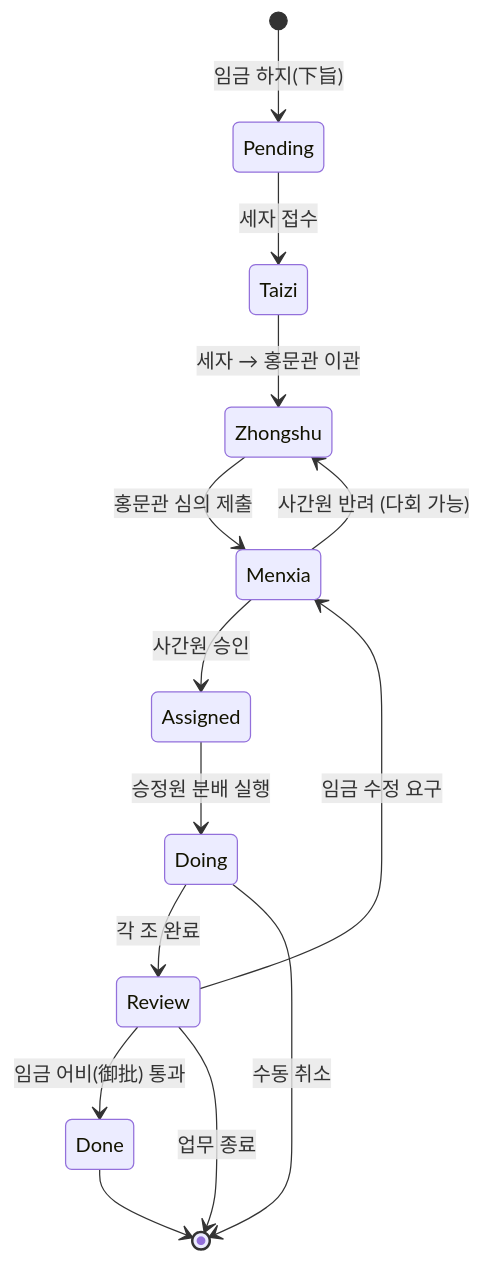
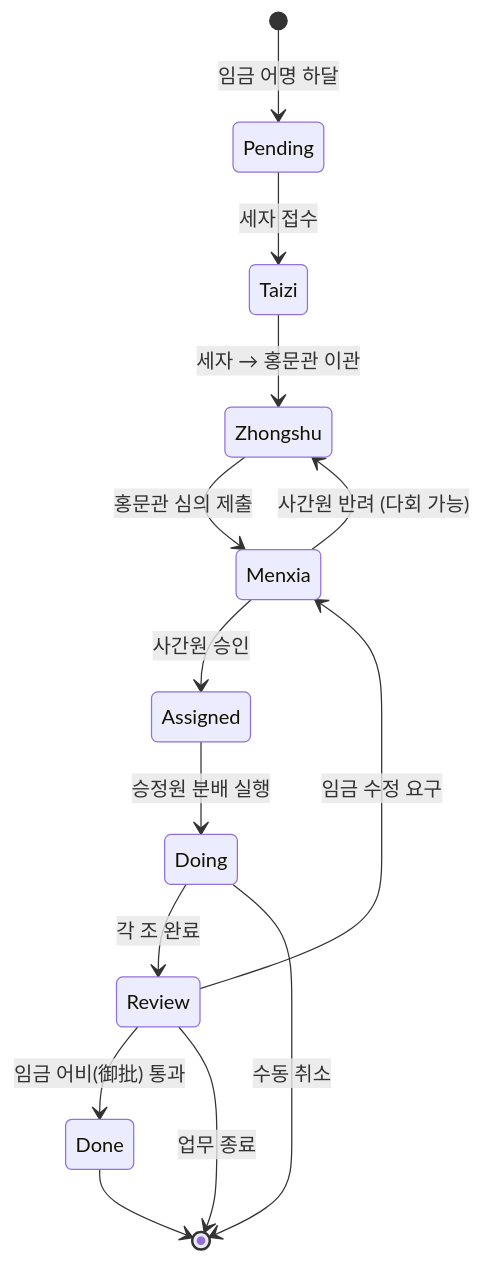
One commit to comsy/edict-korea-chosen changed the diagram in docs/task-dispatch-architecture.md. Above: the diagram before and after it, drawn with Mermaid. The commit also changed other lines of this file and 27 other files, not shown here.

````diff
--- a/docs/task-dispatch-architecture.md
+++ b/docs/task-dispatch-architecture.md
@@ -117,16 +117,16 @@
 ```mermaid
 stateDiagram-v2
-[*] --> Pending: 임금 하지(下旨)
+[*] --> Pending: 임금 어명 하달
 Pending --> Taizi: 세자 접수
 Taizi --> Zhongshu: 세자 → 홍문관 이관
 Zhongshu --> Menxia: 홍문관 심의 제출
 Menxia --> Zhongshu: 사간원 반려 (다회 가능)
 Menxia --> Assigned: 사간원 승인
 Assigned --> Doing: 승정원 분배 실행
 Doing --> Review: 각 조 완료
 Review --> Done: 임금 어비(御批) 통과
 Review --> Menxia: 임금 수정 요구
 Done --> [*]
 Doing --> [*]: 수동 취소
 Review --> [*]: 업무 종료
 ```
````
